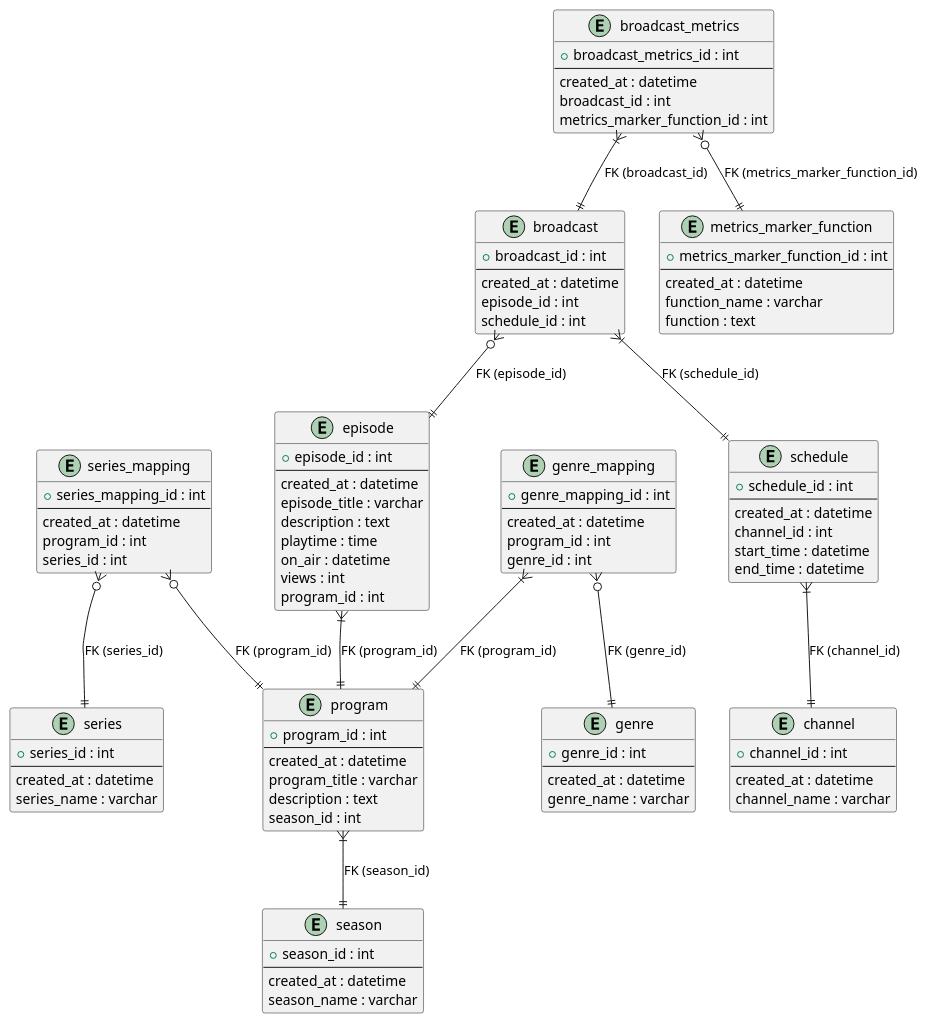
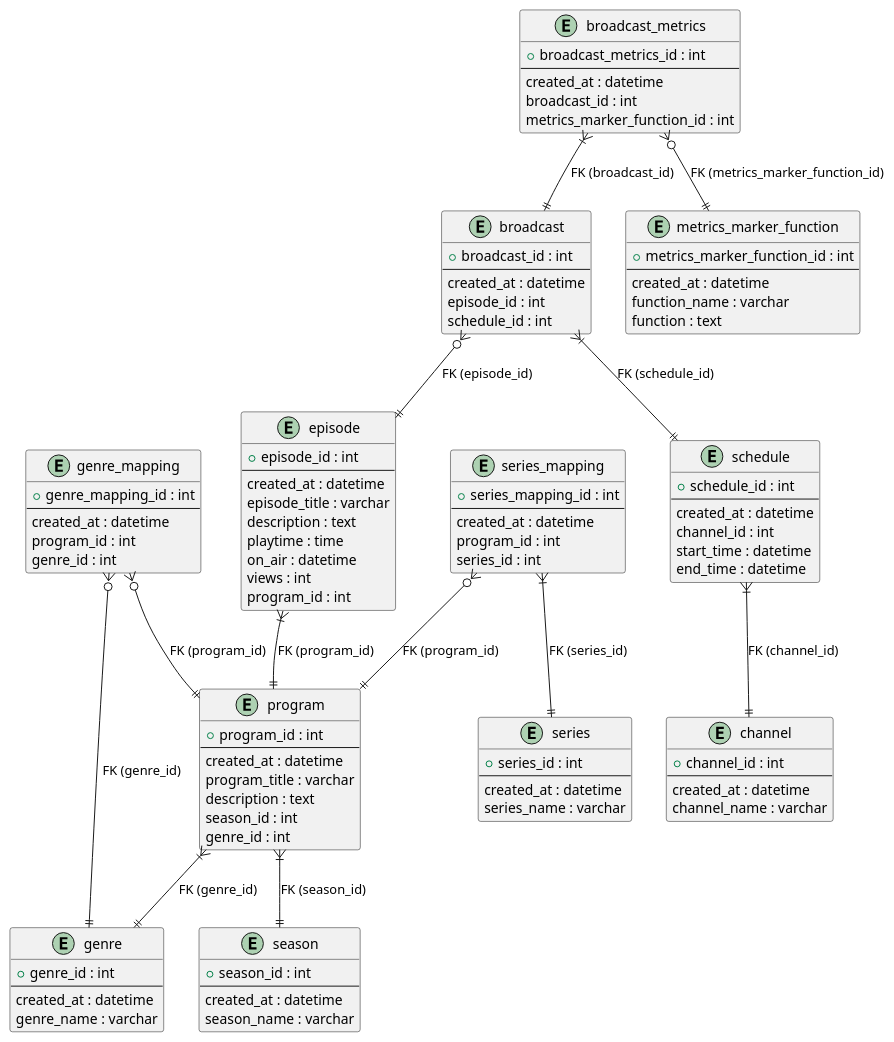
One commit to TakeharuNarita/mysql-exercises changed the diagram in er.pu. Above: the diagram before and after it, drawn with PlantUML.

Commit message:
update er

```diff
--- a/er.pu
+++ b/er.pu
@@ -1,113 +1,115 @@
 @startuml ERD
 
 entity "channel" as channel {
   + channel_id : int
   --
   created_at : datetime
   channel_name : varchar
 }
 
 entity "schedule" as schedule {
   + schedule_id : int
   --
   created_at : datetime
   channel_id : int
   start_time : datetime
   end_time : datetime
 }
 
 entity "broadcast" as broadcast {
   + broadcast_id : int
   --
   created_at : datetime
   episode_id : int
   schedule_id : int
 }
 
 entity "episode" as episode {
   + episode_id : int
   --
   created_at : datetime
   episode_title : varchar
   description : text
   playtime : time
   on_air : datetime
   views : int
   program_id : int
 }
 
 entity "program" as program {
   + program_id : int
   --
   created_at : datetime
   program_title : varchar
   description : text
   season_id : int
+  genre_id : int
 }
 
 entity "season" as season {
   + season_id : int
   --
   created_at : datetime
   season_name : varchar
 }
 
 entity "series_mapping" as series_mapping {
   + series_mapping_id : int
   --
   created_at : datetime
   program_id : int
   series_id : int
 }
 
 entity "series" as series {
   + series_id : int
   --
   created_at : datetime
   series_name : varchar
 }
 
 entity "genre_mapping" as genre_mapping {
   + genre_mapping_id : int
   --
   created_at : datetime
   program_id : int
   genre_id : int
 }
 
 entity "genre" as genre {
   + genre_id : int
   --
   created_at : datetime
   genre_name : varchar
 }
 
 entity "broadcast_metrics" as broadcast_metrics {
   + broadcast_metrics_id : int
   --
   created_at : datetime
   broadcast_id : int
   metrics_marker_function_id : int
 }
 
 entity "metrics_marker_function" as metrics_marker_function {
   + metrics_marker_function_id : int
   --
   created_at : datetime
   function_name : varchar
   function : text
 }
 
 schedule }|--|| channel : FK (channel_id)
 broadcast }|--|| schedule : FK (schedule_id)
 broadcast }o--|| episode : FK (episode_id)
 episode }|--|| program : FK (program_id)
 program }|--|| season : FK (season_id)
+program }|--|| genre : FK (genre_id)
 series_mapping }o--|| program : FK (program_id)
-series_mapping }o--|| series : FK (series_id)
-genre_mapping }|--|| program : FK (program_id)
+series_mapping }|--|| series : FK (series_id)
+genre_mapping }o--|| program : FK (program_id)
 genre_mapping }o--|| genre : FK (genre_id)
 broadcast_metrics }|--|| broadcast : FK (broadcast_id)
 broadcast_metrics }o--|| metrics_marker_function : FK (metrics_marker_function_id)
 
 @enduml
```
